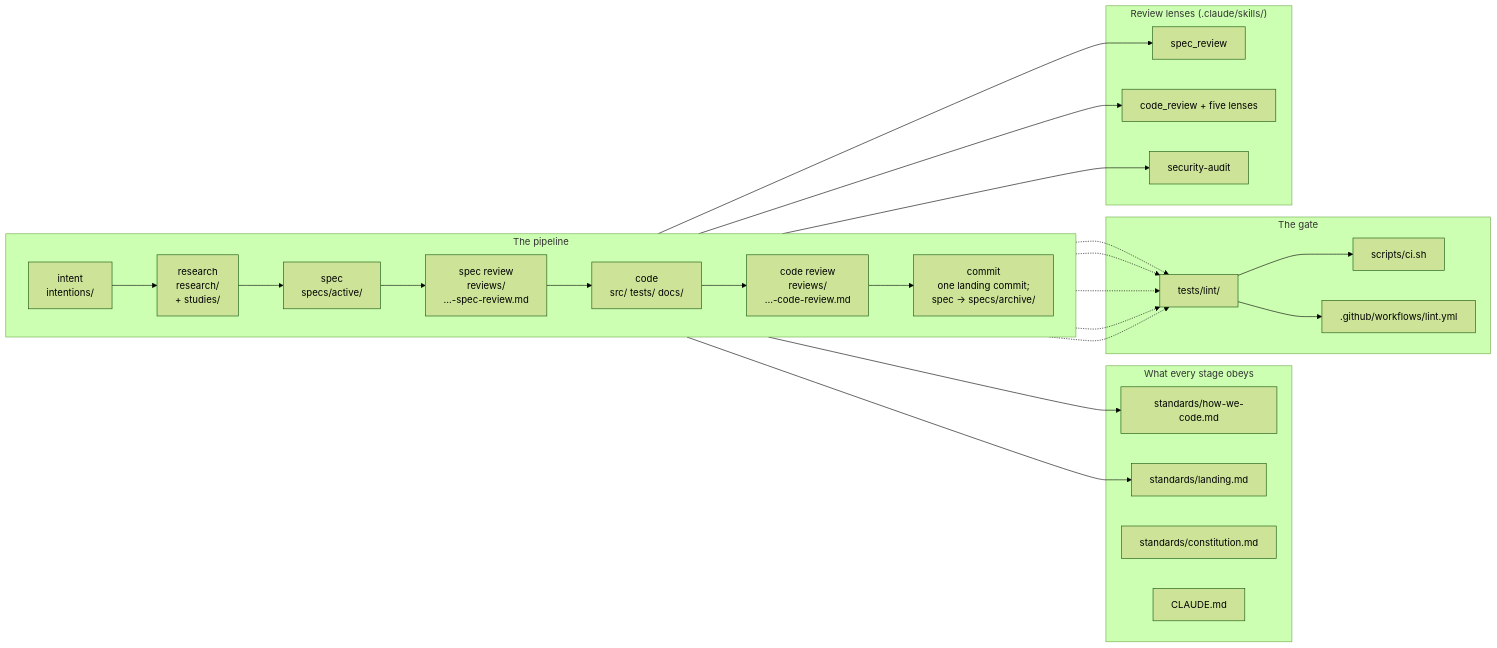
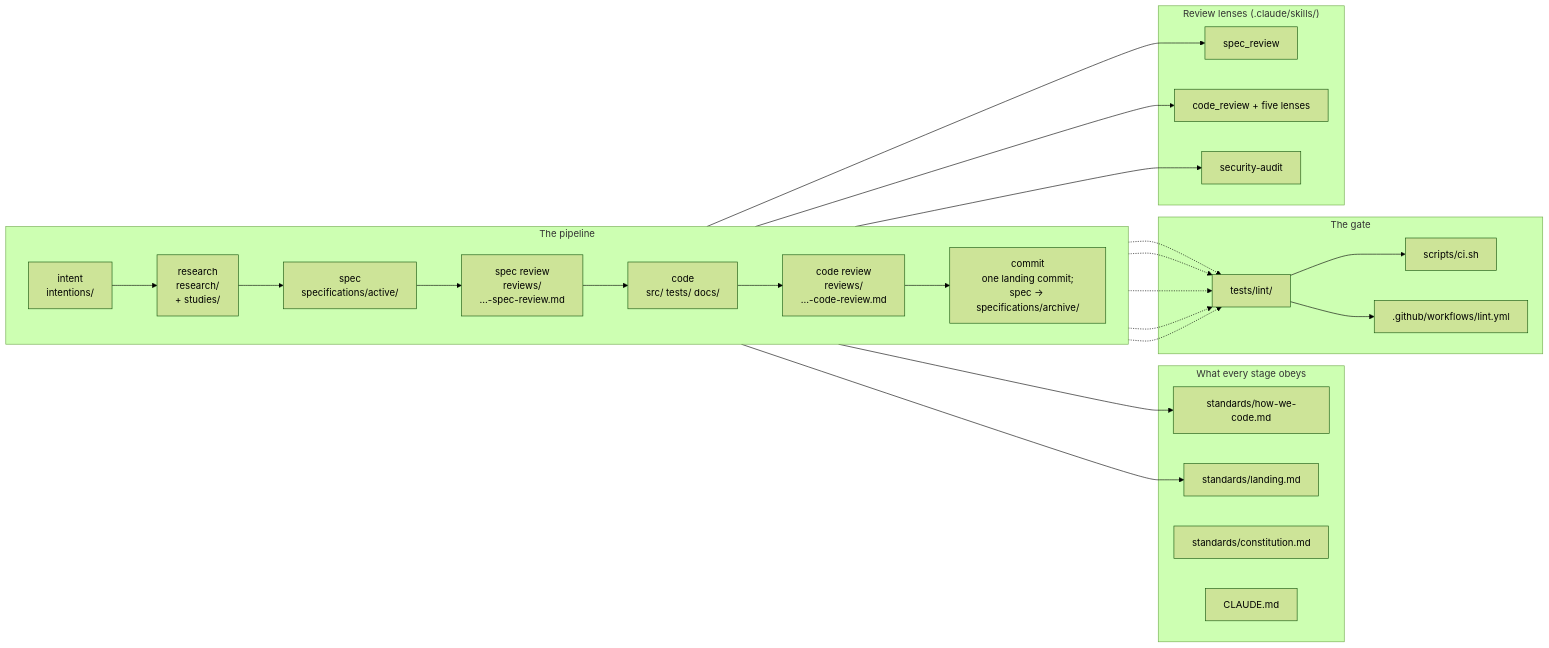
One commit to ClayGendron/vfs changed the diagram in context/README.md. Above: the diagram before and after it, drawn with Mermaid (forest theme). The commit also changed other lines of this file and 448 other files, not shown here.

````diff
--- a/context/README.md
+++ b/context/README.md
@@ -9,36 +9,36 @@
 ```mermaid
 flowchart LR
   classDef planned stroke-dasharray: 6 4,stroke-width:2px;
   subgraph stages["The pipeline"]
     direction LR
-    I["intent<br/>intentions/"] --> R["research<br/>research/<br/>+ studies/"] --> S["spec<br/>specs/active/"] --> SR["spec review<br/>reviews/<br/>…-spec-review.md"] --> C["code<br/>src/ tests/ docs/"] --> CR["code review<br/>reviews/<br/>…-code-review.md"] --> L["commit<br/>one landing commit;<br/>spec → specs/archive/"]
+    I["intent<br/>intentions/"] --> R["research<br/>research/<br/>+ studies/"] --> S["spec<br/>specifications/active/"] --> SR["spec review<br/>reviews/<br/>…-spec-review.md"] --> C["code<br/>src/ tests/ docs/"] --> CR["code review<br/>reviews/<br/>…-code-review.md"] --> L["commit<br/>one landing commit;<br/>spec → specifications/archive/"]
   end
   subgraph standards["What every stage obeys"]
     HWC["standards/how-we-code.md"]
     LAND["standards/landing.md"]
     CONST["standards/constitution.md"]
     CL["CLAUDE.md"]
   end
   subgraph gate["The gate"]
     LINT["tests/lint/"]
     CI["scripts/ci.sh"]
     LY[".github/workflows/lint.yml"]
   end
   subgraph skills["Review lenses (.claude/skills/)"]
     SPR["spec_review"]
     COR["code_review + five lenses"]
     SEC["security-audit"]
   end
   C --> HWC
   L --> LAND
   SR --> SPR
   CR --> COR
   CR --> SEC
   LINT --> CI
   LINT --> LY
   I -.-> LINT
   R -.-> LINT
   S -.-> LINT
   SR -.-> LINT
   CR -.-> LINT
 ```
````
